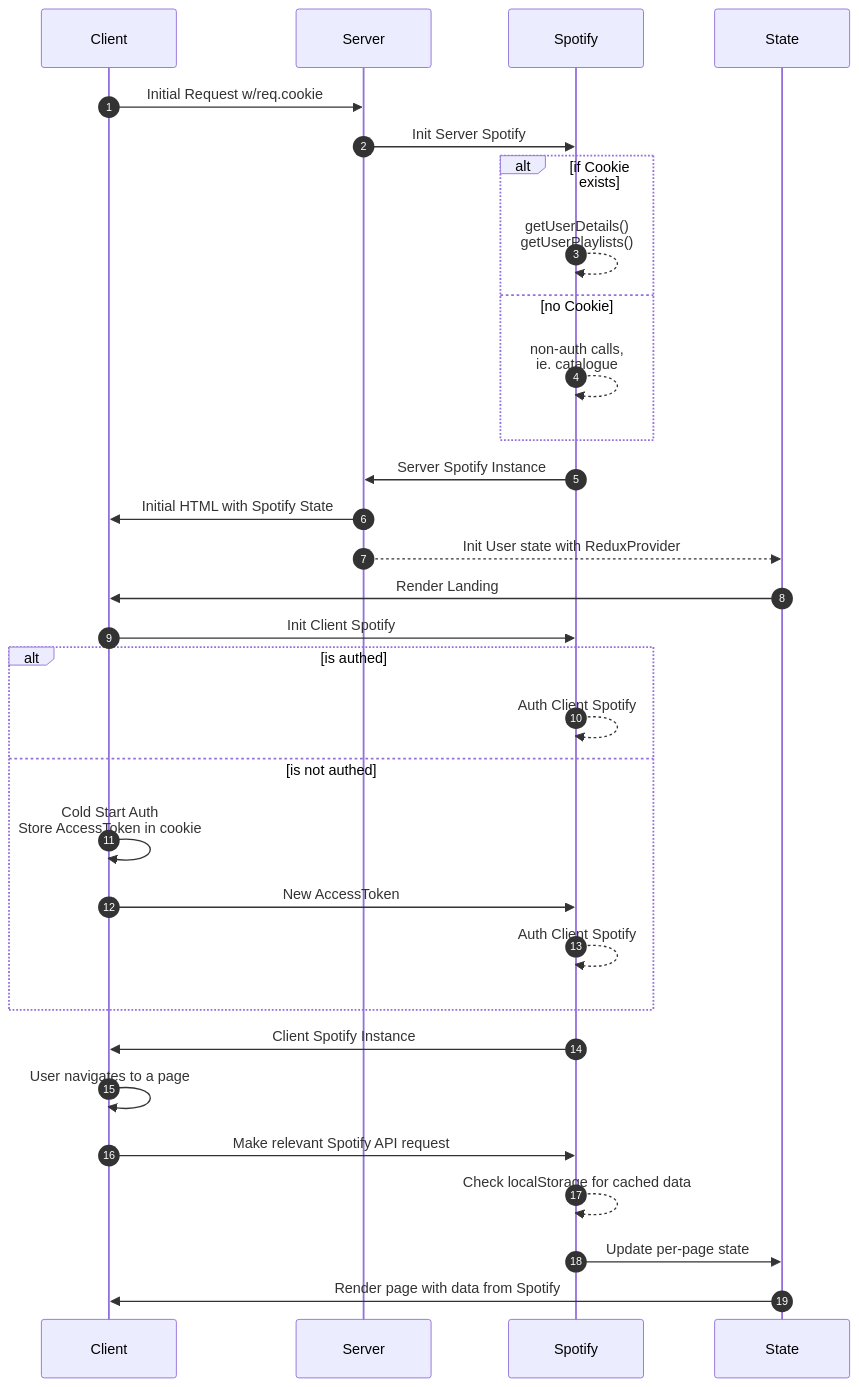
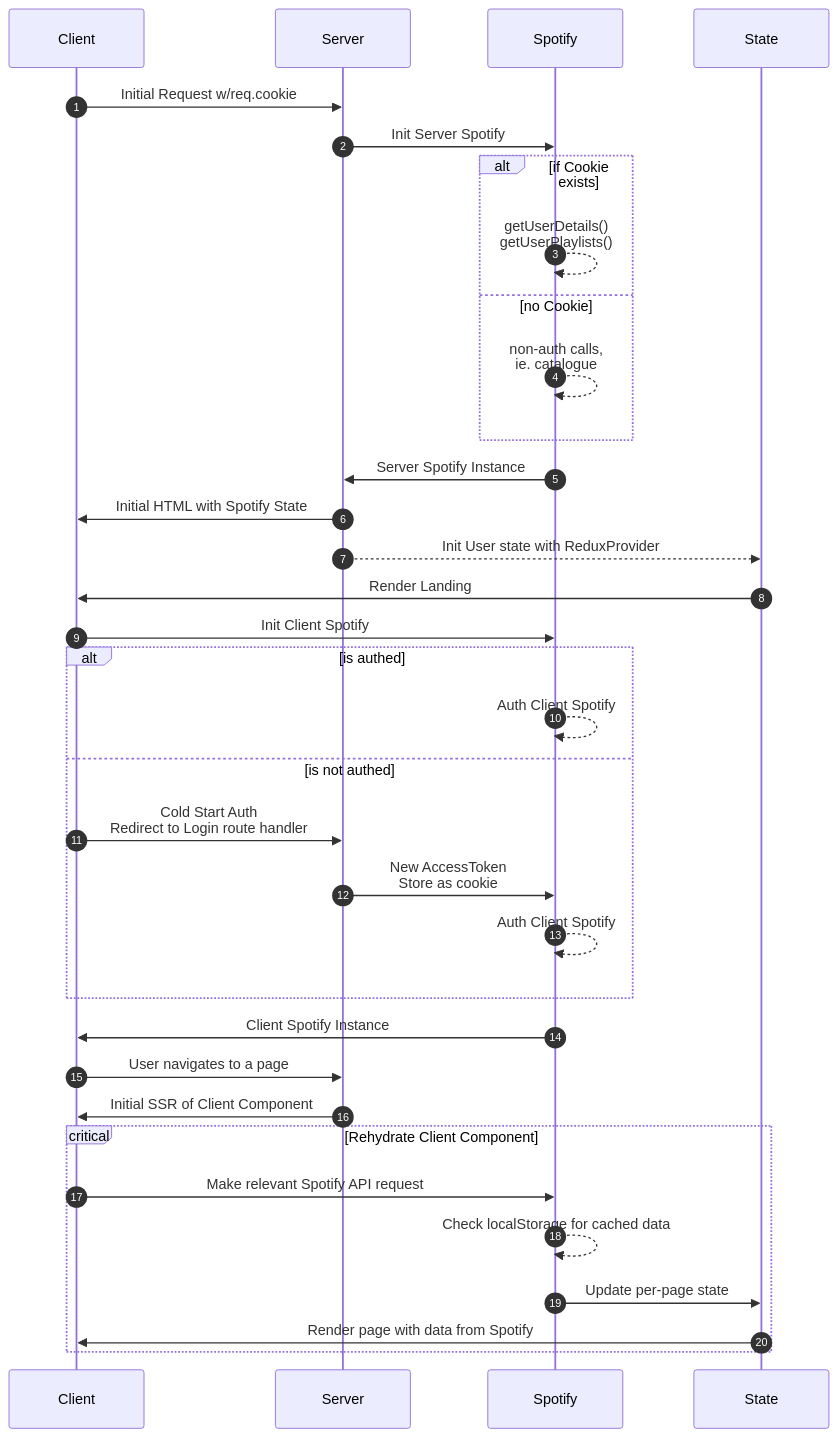
Before and after one commit to inferrinizzard/spoompy: the diagram in ARCHITECTURE.md, drawn with Mermaid. The commit also changed 2 other files, not shown here.

Commit message:
set access token as httpOnly cookie

````diff
--- a/ARCHITECTURE.md
+++ b/ARCHITECTURE.md
@@ -1,36 +1,40 @@
 ```mermaid
 sequenceDiagram
 
 autonumber
 Client->>Server: Initial Request w/req.cookie
 Server->>Spotify: Init Server Spotify
 
 alt if Cookie exists
 Spotify-->>Spotify: getUserDetails()<br/>getUserPlaylists()
 else no Cookie
 Spotify-->>Spotify: non-auth calls,<br/>ie. catalogue
 end
 
 Spotify->>Server: Server Spotify Instance
 %% Server->>Style: Style
 %% Style->>Server: Rendered CSS on initial HTML
 Server->>Client: Initial HTML with Spotify State
 Server-->>State: Init User state with ReduxProvider
 State->>Client: Render Landing
 Client->>Spotify: Init Client Spotify
 
 alt is authed
 Spotify-->>Spotify: Auth Client Spotify
 else is not authed
-Client->>Client: Cold Start Auth<br/>Store AccessToken in cookie
-Client->>Spotify: New AccessToken
+Client->>Server: Cold Start Auth<br/>Redirect to Login route handler
+Server->>Spotify: New AccessToken<br/>Store as cookie
 Spotify-->>Spotify: Auth Client Spotify
 end
 Spotify->>Client: Client Spotify Instance
 
-Client->>Client: User navigates to a page
+Client->>Server: User navigates to a page
+Server->>Client: Initial SSR of Client Component
+
+critical Rehydrate Client Component
 Client->>Spotify: Make relevant Spotify API request
 Spotify-->>Spotify: Check localStorage for cached data
 Spotify->>State: Update per-page state
 State->>Client: Render page with data from Spotify
+end
 ```
````
